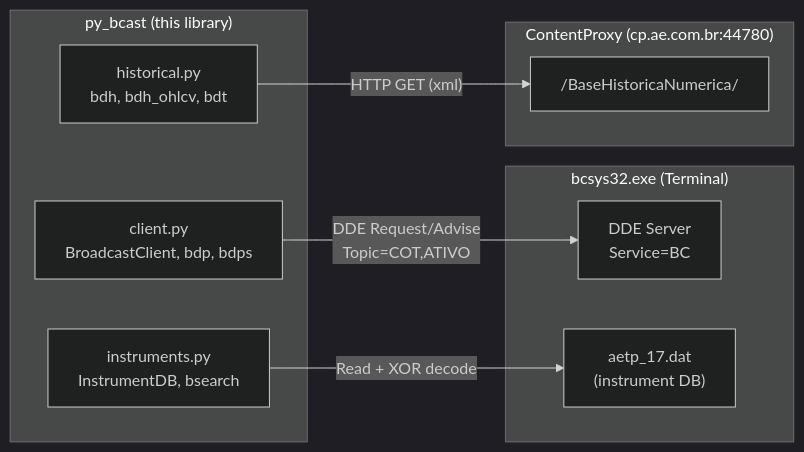
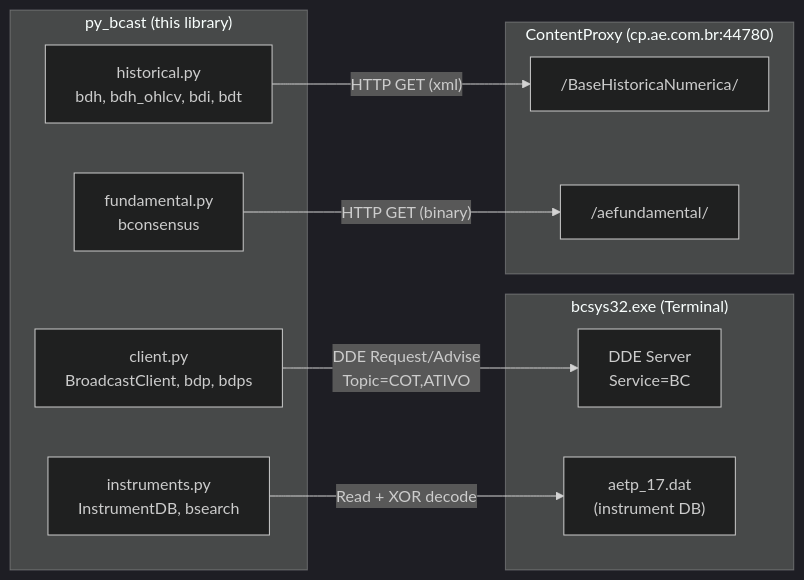
The first of 2 diagrams in docs/architecture.md (enzoomoreira/py-bcast), drawn with Mermaid (dark theme) before and after one commit. The commit also changed other lines of this file and 8 other files, not shown here.

First line of the commit message:
feat: add bdi() intraday bars and bconsensus() analyst data

````diff
--- a/docs/architecture.md
+++ b/docs/architecture.md
@@ -7,21 +7,24 @@
 ```mermaid
 graph LR
     subgraph "py_bcast (this library)"
         CLIENT["client.py<br/>BroadcastClient, bdp, bdps"]
-        HIST["historical.py<br/>bdh, bdh_ohlcv, bdt"]
+        HIST["historical.py<br/>bdh, bdh_ohlcv, bdi, bdt"]
+        FUND["fundamental.py<br/>bconsensus"]
         INST["instruments.py<br/>InstrumentDB, bsearch"]
     end
 
     subgraph "bcsys32.exe (Terminal)"
         DDE["DDE Server<br/>Service=BC"]
         DB["aetp_17.dat<br/>(instrument DB)"]
     end
 
     subgraph "ContentProxy (cp.ae.com.br:44780)"
         BHN["/BaseHistoricaNumerica/"]
+        AEF["/aefundamental/"]
     end
 
     CLIENT -->|"DDE Request/Advise<br/>Topic=COT,ATIVO"| DDE
     HIST -->|"HTTP GET (xml)"| BHN
+    FUND -->|"HTTP GET (binary)"| AEF
     INST -->|"Read + XOR decode"| DB
 ```
````
